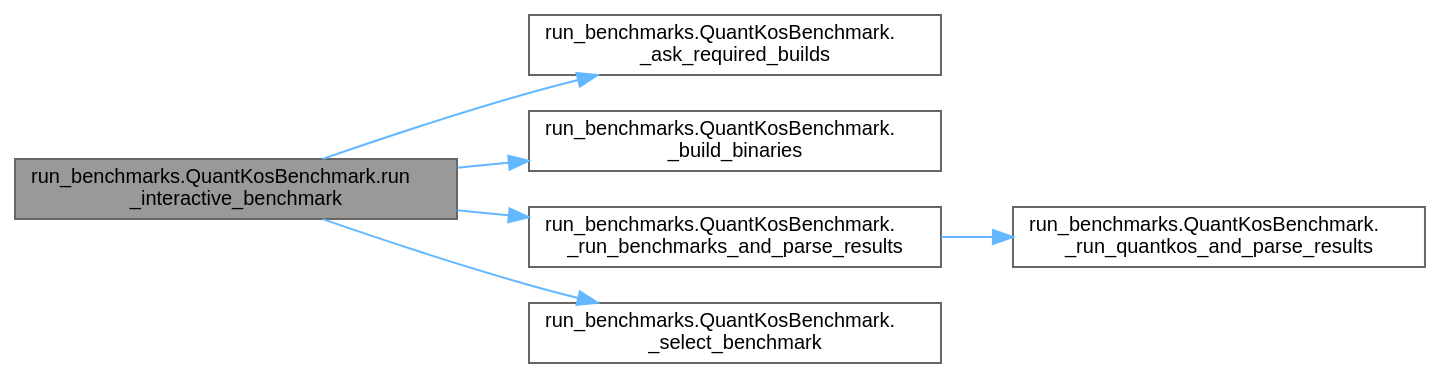
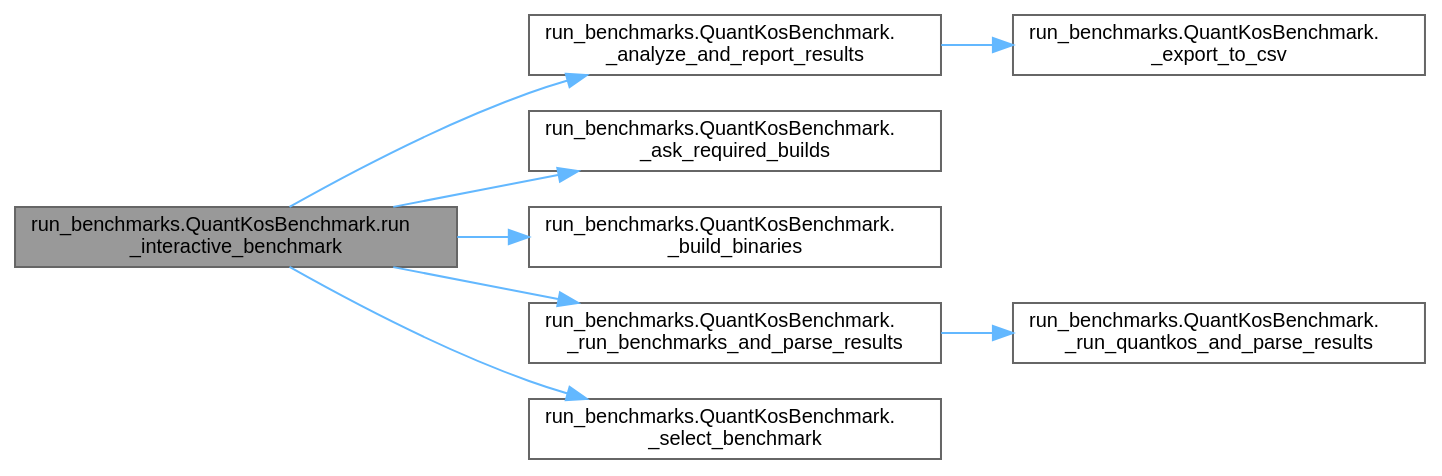
One commit to zeno-geddo/QuantKos changed the diagram in dev-zen/classrun__benchmarks_1_1QuantKosBenchmark_a32a16e0e4819b55d5aa4db73c870bf87_cgraph.dot. Above: the diagram before and after it, drawn with Graphviz. The commit also changed 43 other files, not shown here.

```diff
--- a/dev-zen/classrun__benchmarks_1_1QuantKosBenchmark_a32a16e0e4819b55d5aa4db73c870bf87_cgraph.dot
+++ b/dev-zen/classrun__benchmarks_1_1QuantKosBenchmark_a32a16e0e4819b55d5aa4db73c870bf87_cgraph.dot
@@ -1,19 +1,23 @@
 digraph "run_benchmarks.QuantKosBenchmark.run_interactive_benchmark"
 {
  // LATEX_PDF_SIZE
   bgcolor="transparent";
   edge [fontname=Helvetica,fontsize=10,labelfontname=Helvetica,labelfontsize=10];
   node [fontname=Helvetica,fontsize=10,shape=box,height=0.2,width=0.4];
   rankdir="LR";
   Node1 [id="Node000001",label="run_benchmarks.QuantKosBenchmark.run\l_interactive_benchmark",height=0.2,width=0.4,color="gray40", fillcolor="grey60", style="filled", fontcolor="black",tooltip="Main interactive loop to build, select configs, run, and report benchmarks."];
   Node1 -> Node2 [id="edge1_Node000001_Node000002",color="steelblue1",style="solid",tooltip=" "];
-  Node2 [id="Node000002",label="run_benchmarks.QuantKosBenchmark.\l_ask_required_builds",height=0.2,width=0.4,color="grey40", fillcolor="white", style="filled",URL="$classrun__benchmarks_1_1QuantKosBenchmark.html#ad5029c80439199c9c7fa65b73dc35637",tooltip=" "];
-  Node1 -> Node3 [id="edge2_Node000001_Node000003",color="steelblue1",style="solid",tooltip=" "];
-  Node3 [id="Node000003",label="run_benchmarks.QuantKosBenchmark.\l_build_binaries",height=0.2,width=0.4,color="grey40", fillcolor="white", style="filled",URL="$classrun__benchmarks_1_1QuantKosBenchmark.html#a40f48c2619b66e6c31ce1ea8b43c2086",tooltip=" "];
+  Node2 [id="Node000002",label="run_benchmarks.QuantKosBenchmark.\l_analyze_and_report_results",height=0.2,width=0.4,color="grey40", fillcolor="white", style="filled",URL="$classrun__benchmarks_1_1QuantKosBenchmark.html#a1da919a17591a9ff92bd5742f80dc96d",tooltip="Analyzes raw execution metrics, computes speedups, and prints a benchmark table grouped by configurat..."];
+  Node2 -> Node3 [id="edge2_Node000002_Node000003",color="steelblue1",style="solid",tooltip=" "];
+  Node3 [id="Node000003",label="run_benchmarks.QuantKosBenchmark.\l_export_to_csv",height=0.2,width=0.4,color="grey40", fillcolor="white", style="filled",URL="$classrun__benchmarks_1_1QuantKosBenchmark.html#a1ef86312f4e63bdbabe1663a46ab5dfb",tooltip="Saves the raw and derived metrics to a CSV file for external analysis."];
   Node1 -> Node4 [id="edge3_Node000001_Node000004",color="steelblue1",style="solid",tooltip=" "];
-  Node4 [id="Node000004",label="run_benchmarks.QuantKosBenchmark.\l_run_benchmarks_and_parse_results",height=0.2,width=0.4,color="grey40", fillcolor="white", style="filled",URL="$classrun__benchmarks_1_1QuantKosBenchmark.html#a3bc6a3d37612ad30ef994f5127194498",tooltip=" "];
-  Node4 -> Node5 [id="edge4_Node000004_Node000005",color="steelblue1",style="solid",tooltip=" "];
-  Node5 [id="Node000005",label="run_benchmarks.QuantKosBenchmark.\l_run_quantkos_and_parse_results",height=0.2,width=0.4,color="grey40", fillcolor="white", style="filled",URL="$classrun__benchmarks_1_1QuantKosBenchmark.html#a1a3cbb9c6841bf06ced3191c1fb0060e",tooltip=" "];
+  Node4 [id="Node000004",label="run_benchmarks.QuantKosBenchmark.\l_ask_required_builds",height=0.2,width=0.4,color="grey40", fillcolor="white", style="filled",URL="$classrun__benchmarks_1_1QuantKosBenchmark.html#ad5029c80439199c9c7fa65b73dc35637",tooltip=" "];
+  Node1 -> Node5 [id="edge4_Node000001_Node000005",color="steelblue1",style="solid",tooltip=" "];
+  Node5 [id="Node000005",label="run_benchmarks.QuantKosBenchmark.\l_build_binaries",height=0.2,width=0.4,color="grey40", fillcolor="white", style="filled",URL="$classrun__benchmarks_1_1QuantKosBenchmark.html#a40f48c2619b66e6c31ce1ea8b43c2086",tooltip=" "];
   Node1 -> Node6 [id="edge5_Node000001_Node000006",color="steelblue1",style="solid",tooltip=" "];
-  Node6 [id="Node000006",label="run_benchmarks.QuantKosBenchmark.\l_select_benchmark",height=0.2,width=0.4,color="grey40", fillcolor="white", style="filled",URL="$classrun__benchmarks_1_1QuantKosBenchmark.html#ac997d4f0eead5b52bced097ab61b6e1f",tooltip="Helper to let the user select a benchmark config using the builder's Enum prompter."];
+  Node6 [id="Node000006",label="run_benchmarks.QuantKosBenchmark.\l_run_benchmarks_and_parse_results",height=0.2,width=0.4,color="grey40", fillcolor="white", style="filled",URL="$classrun__benchmarks_1_1QuantKosBenchmark.html#a3bc6a3d37612ad30ef994f5127194498",tooltip=" "];
+  Node6 -> Node7 [id="edge6_Node000006_Node000007",color="steelblue1",style="solid",tooltip=" "];
+  Node7 [id="Node000007",label="run_benchmarks.QuantKosBenchmark.\l_run_quantkos_and_parse_results",height=0.2,width=0.4,color="grey40", fillcolor="white", style="filled",URL="$classrun__benchmarks_1_1QuantKosBenchmark.html#a1a3cbb9c6841bf06ced3191c1fb0060e",tooltip=" "];
+  Node1 -> Node8 [id="edge7_Node000001_Node000008",color="steelblue1",style="solid",tooltip=" "];
+  Node8 [id="Node000008",label="run_benchmarks.QuantKosBenchmark.\l_select_benchmark",height=0.2,width=0.4,color="grey40", fillcolor="white", style="filled",URL="$classrun__benchmarks_1_1QuantKosBenchmark.html#ac997d4f0eead5b52bced097ab61b6e1f",tooltip="Helper to let the user select a benchmark config using the builder's Enum prompter."];
 }
```
